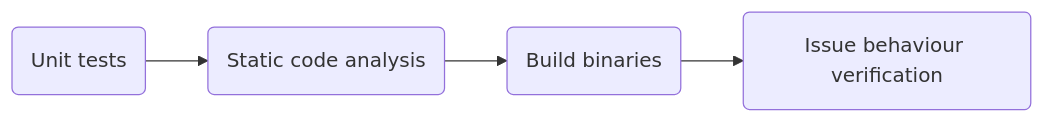
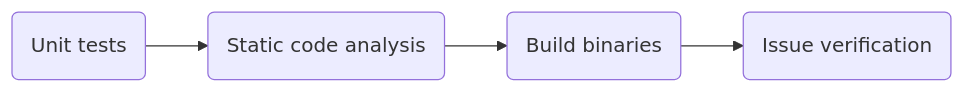
The fifth of 10 diagrams in docs/factory_pipelines.md (ContinuousEngineeringProject/ContinuousEngineeringProject.github.io), drawn with Mermaid before and after one commit. The commit also changed other lines of this file, not shown here.

````diff
--- a/docs/factory_pipelines.md
+++ b/docs/factory_pipelines.md
@@ -92,9 +91,8 @@
 ```mermaid
 flowchart LR
   id1(Unit tests)
   id2(Static code analysis)
   id3(Build binaries)
-  id4(Issue behaviour verification)
-  
+  id4(Issue verification)
   id1 --> id2 --> id3 --> id4
 ```
````
